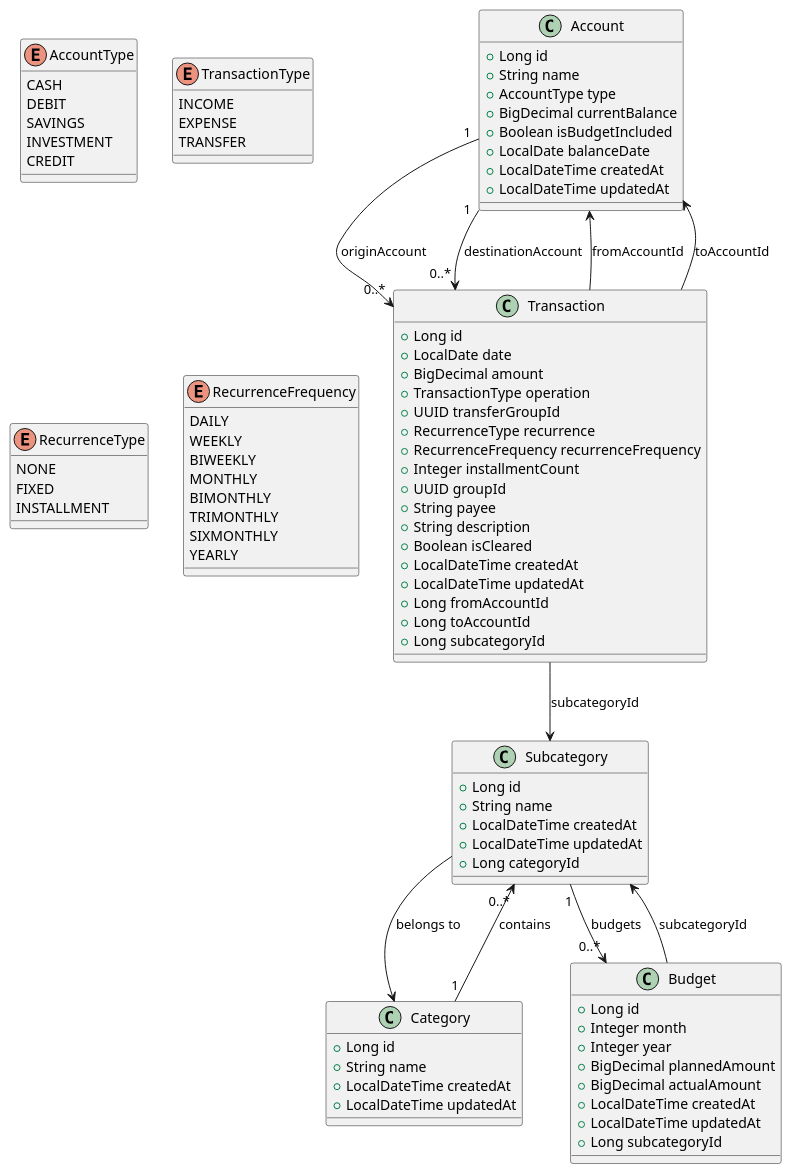
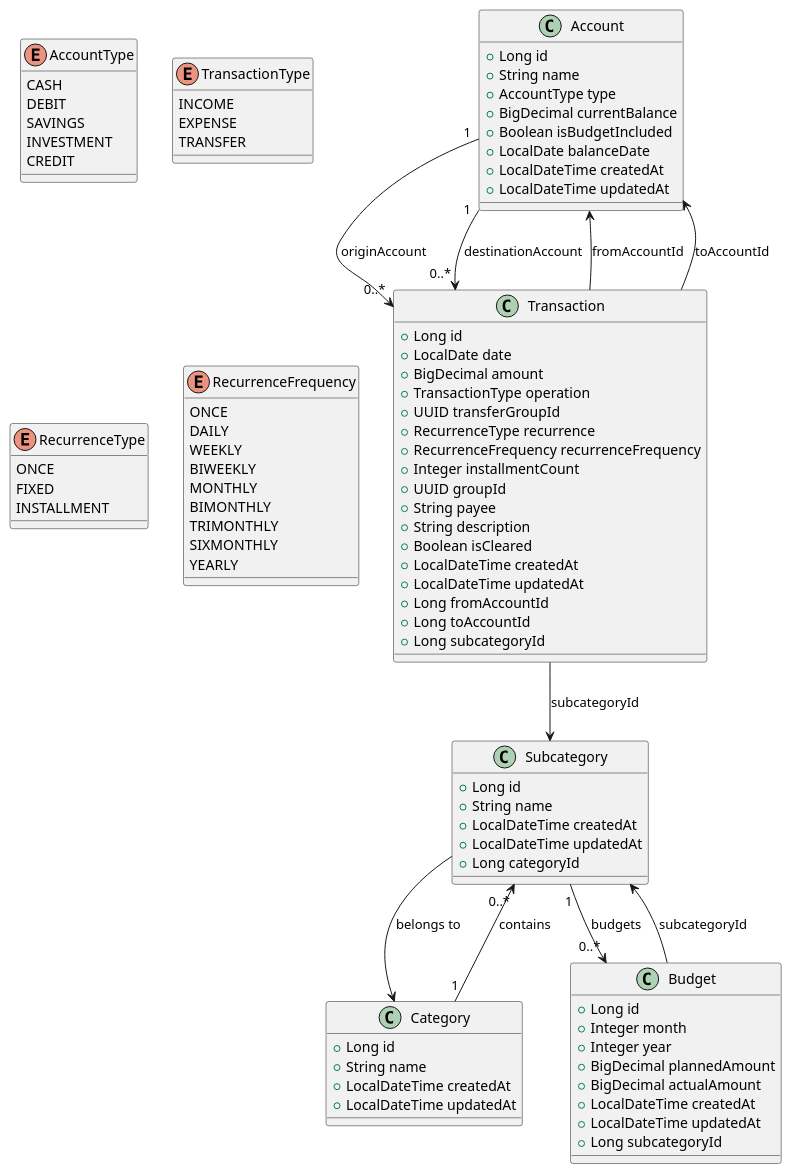
One commit to marlonprado04/PROJ-YNAB-clone changed the diagram in .docs/refs/diagrams/class-diagram.puml. Above: the diagram before and after it, drawn with PlantUML. The commit also changed 5 other files, not shown here.

```diff
--- a/.docs/refs/diagrams/class-diagram.puml
+++ b/.docs/refs/diagrams/class-diagram.puml
@@ -1,102 +1,103 @@
 @startuml
 
 class Account {
   +Long id
   +String name
   +AccountType type
   +BigDecimal currentBalance
   +Boolean isBudgetIncluded
   +LocalDate balanceDate
   +LocalDateTime createdAt
   +LocalDateTime updatedAt
 }
 
 enum AccountType {
   CASH
   DEBIT
   SAVINGS
   INVESTMENT
   CREDIT
 }
 
 class Category {
   +Long id
   +String name
   +LocalDateTime createdAt
   +LocalDateTime updatedAt
 }
 
 class Subcategory {
   +Long id
   +String name
   +LocalDateTime createdAt
   +LocalDateTime updatedAt
   +Long categoryId
 }
 
 class Transaction {
   +Long id
   +LocalDate date
   +BigDecimal amount
   +TransactionType operation
   +UUID transferGroupId
   +RecurrenceType recurrence
   +RecurrenceFrequency recurrenceFrequency
   +Integer installmentCount
   +UUID groupId
   +String payee
   +String description
   +Boolean isCleared
   +LocalDateTime createdAt
   +LocalDateTime updatedAt
   +Long fromAccountId
   +Long toAccountId
   +Long subcategoryId
 }
 
 enum TransactionType {
   INCOME
   EXPENSE
   TRANSFER
 }
 
 enum RecurrenceType {
-  NONE
+  ONCE
   FIXED
   INSTALLMENT
 }
 
 enum RecurrenceFrequency {
+  ONCE
   DAILY
   WEEKLY
   BIWEEKLY
   MONTHLY
   BIMONTHLY
   TRIMONTHLY
   SIXMONTHLY
   YEARLY
 }
 
 class Budget {
   +Long id
   +Integer month
   +Integer year
   +BigDecimal plannedAmount
   +BigDecimal actualAmount
   +LocalDateTime createdAt
   +LocalDateTime updatedAt
   +Long subcategoryId
 }
 
 ' RELATIONSHIPS
 Subcategory --> Category : belongs to
 Transaction --> Account : fromAccountId
 Transaction --> Account : toAccountId
 Transaction --> Subcategory : subcategoryId
 Budget --> Subcategory : subcategoryId
 Account "1" --> "0..*" Transaction : originAccount
 Account "1" --> "0..*" Transaction : destinationAccount
 Category "1" --> "0..*" Subcategory : contains
 Subcategory "1" --> "0..*" Budget : budgets
 
 @enduml
```
